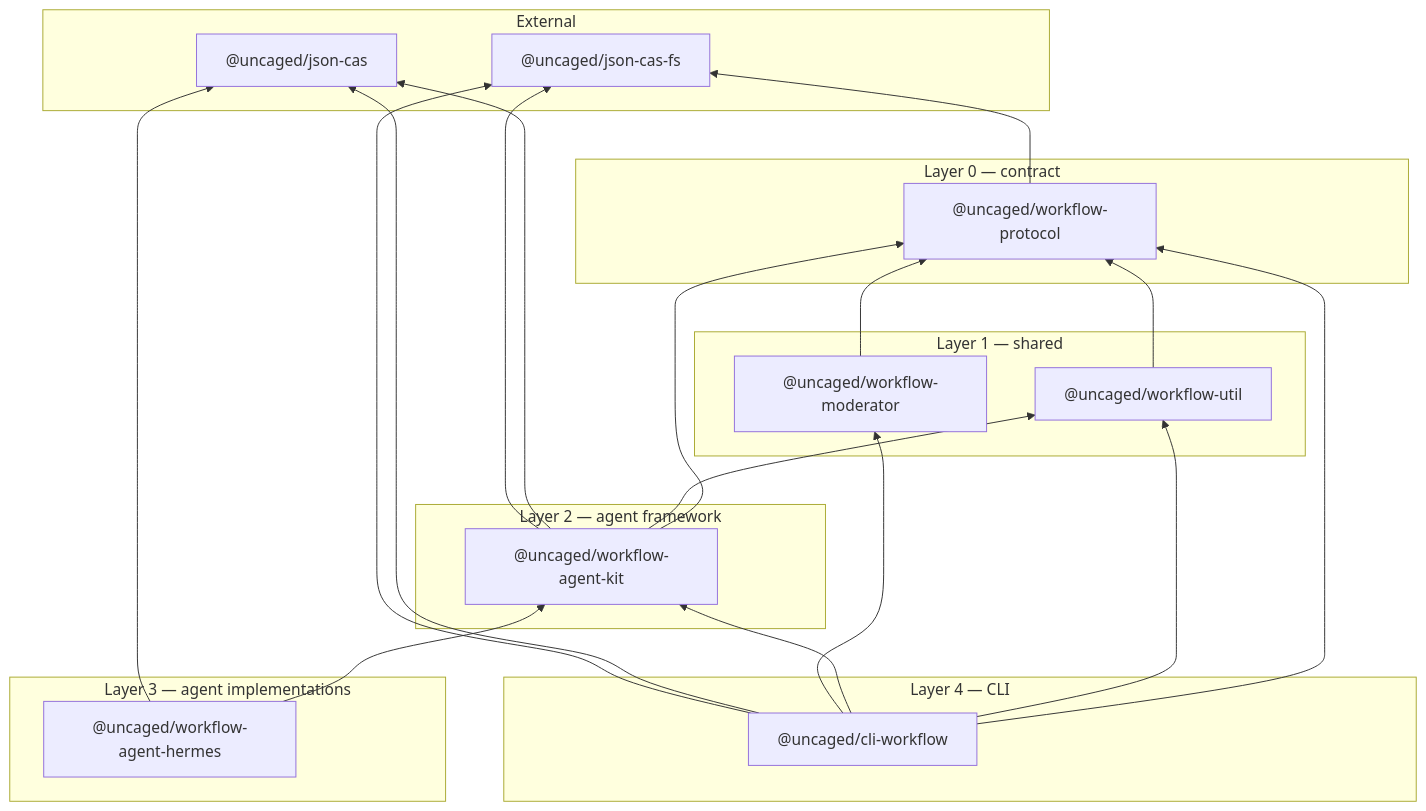
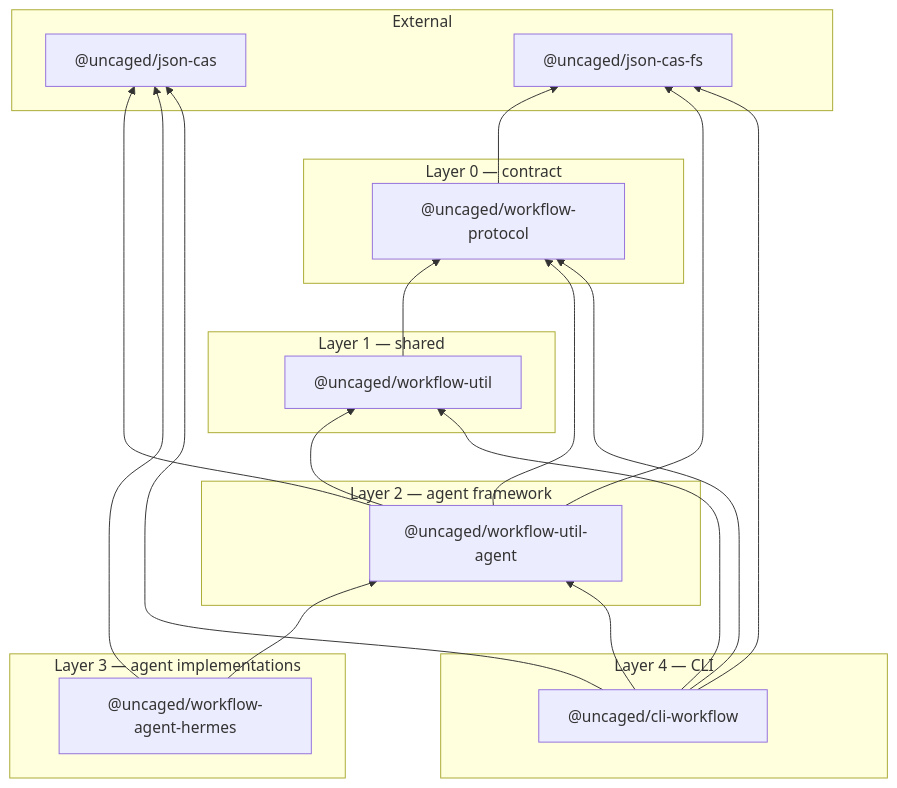
One commit to shazhou-ww/united-workforce changed the diagram in docs/architecture.md. Above: the diagram before and after it, drawn with Mermaid. The commit also changed other lines of this file and 65 other files, not shown here.

First line of the commit message:
refactor: rename workflow-agent-kit → workflow-util-agent, merge workflow-moderator into cli-workflow

````diff
--- a/docs/architecture.md
+++ b/docs/architecture.md
@@ -37,38 +36,35 @@
 ```mermaid
 flowchart BT
   subgraph External
     jcas["@uncaged/json-cas"]
     jcasfs["@uncaged/json-cas-fs"]
   end
   subgraph L0["Layer 0 — contract"]
     protocol["@uncaged/workflow-protocol"]
   end
   subgraph L1["Layer 1 — shared"]
     util["@uncaged/workflow-util"]
-    moderator["@uncaged/workflow-moderator"]
   end
   subgraph L2["Layer 2 — agent framework"]
-    kit["@uncaged/workflow-agent-kit"]
+    kit["@uncaged/workflow-util-agent"]
   end
   subgraph L3["Layer 3 — agent implementations"]
     hermes["@uncaged/workflow-agent-hermes"]
   end
   subgraph L4["Layer 4 — CLI"]
     cli["@uncaged/cli-workflow"]
   end
   protocol --> jcasfs
   util --> protocol
-  moderator --> protocol
   kit --> protocol
   kit --> util
   kit --> jcas
   kit --> jcasfs
   hermes --> kit
   hermes --> jcas
   cli --> protocol
   cli --> util
   cli --> kit
-  cli --> moderator
   cli --> jcas
   cli --> jcasfs
 ```
````
